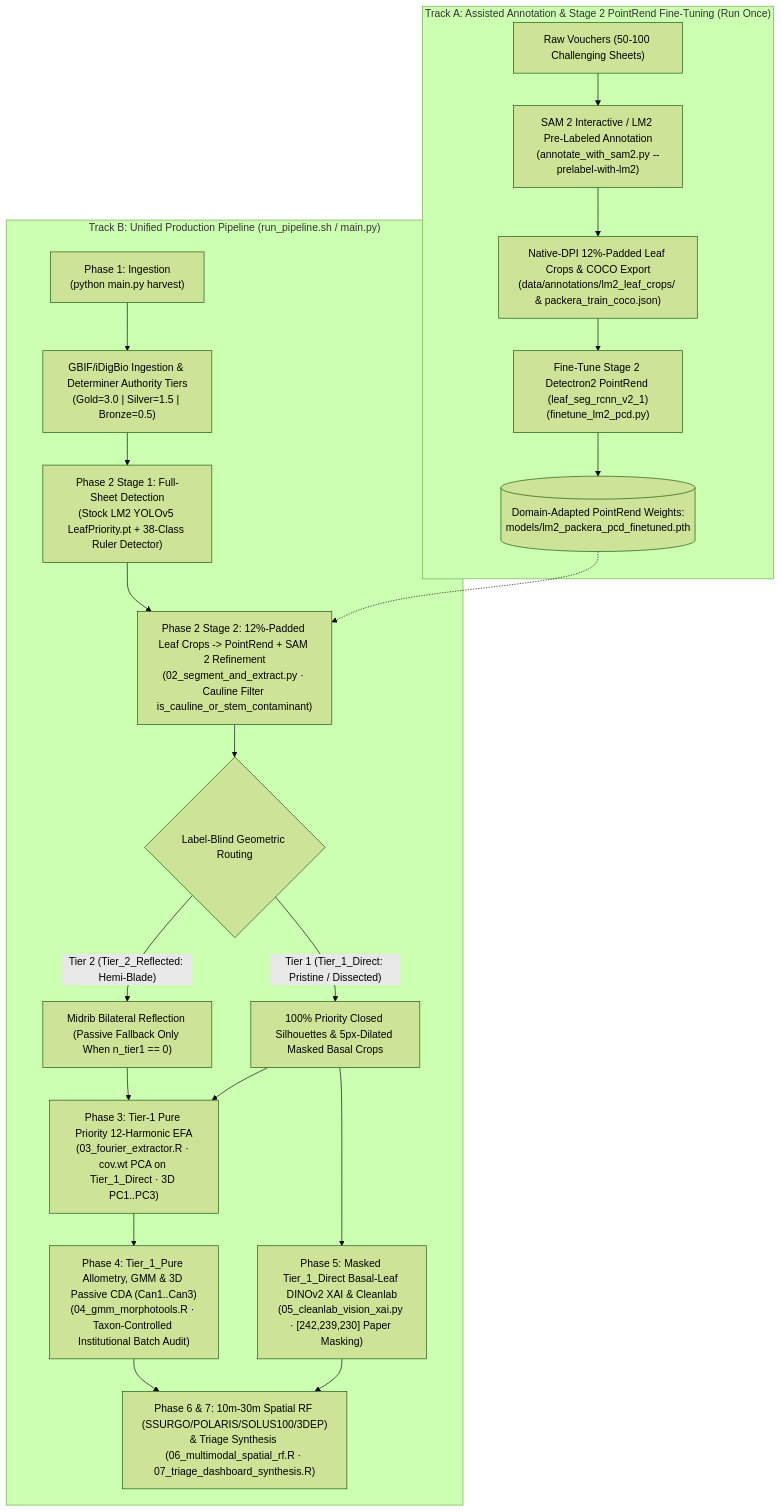
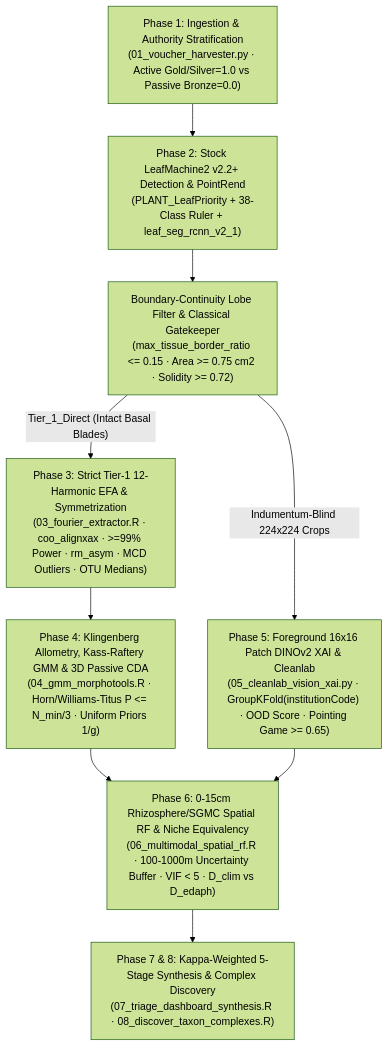
Before and after one commit to Plantatsrophe/Packera_dubia_morphometrics: the diagram in README.md, drawn with Mermaid (forest theme). The commit also changed other lines of this file and 13 other files, not shown here.

Commit message:
refactor: update pipeline execution script and archive standalone SAM 2 botanical annotation guide

````diff
--- a/README.md
+++ b/README.md
@@ -41,24 +59,10 @@
 ```mermaid
 flowchart TD
-    subgraph TrackA["Track A: Assisted Annotation & Stage 2 PointRend Fine-Tuning (Run Once)"]
-        A1["Raw Vouchers (50-100 Challenging Sheets)"] --> A2["SAM 2 Interactive / LM2 Pre-Labeled Annotation\n(annotate_with_sam2.py --prelabel-with-lm2)"]
-        A2 --> A3["Native-DPI 12%-Padded Leaf Crops & COCO Export\n(data/annotations/lm2_leaf_crops/ & packera_train_coco.json)"]
-        A3 --> A4["Fine-Tune Stage 2 Detectron2 PointRend (leaf_seg_rcnn_v2_1)\n(finetune_lm2_pcd.py)"]
-        A4 --> A5[("Domain-Adapted PointRend Weights:\nmodels/lm2_packera_pcd_finetuned.pth")]
-    end
-
-    subgraph TrackB["Track B: Unified Production Pipeline (run_pipeline.sh / main.py)"]
-        B1["Phase 1: Ingestion\n(python main.py harvest)"] --> B2["GBIF/iDigBio Ingestion & Determiner Authority Tiers\n(Gold=3.0 | Silver=1.5 | Bronze=0.5)"]
-        B2 --> B3["Phase 2 Stage 1: Full-Sheet Detection\n(Stock LM2 YOLOv5 LeafPriority.pt + 38-Class Ruler Detector)"]
-        B3 --> B3b["Phase 2 Stage 2: 12%-Padded Leaf Crops -> PointRend + SAM 2 Refinement\n(02_segment_and_extract.py · Cauline Filter is_cauline_or_stem_contaminant)"]
-        A5 -.-> B3b
-        B3b --> B4{"Label-Blind Geometric Routing"}
-        B4 -->|"Tier 1 (Tier_1_Direct: Pristine / Dissected)"| B5["100% Priority Closed Silhouettes & 5px-Dilated Masked Basal Crops"]
-        B4 -->|"Tier 2 (Tier_2_Reflected: Hemi-Blade)"| B6["Midrib Bilateral Reflection (Passive Fallback Only When n_tier1 == 0)"]
-        B6 --> B8
-        B5 --> B8["Phase 3: Tier-1 Pure Priority 12-Harmonic EFA\n(03_fourier_extractor.R · cov.wt PCA on Tier_1_Direct · 3D PC1..PC3)"]
-        B8 --> B9["Phase 4: Tier_1_Pure Allometry, GMM & 3D Passive CDA (Can1..Can3)\n(04_gmm_morphotools.R · Taxon-Controlled Institutional Batch Audit)"]
-        B5 --> B10["Phase 5: Masked Tier_1_Direct Basal-Leaf DINOv2 XAI & Cleanlab\n(05_cleanlab_vision_xai.py · [242,239,230] Paper Masking)"]
-        B9 & B10 --> B11["Phase 6 & 7: 10m-30m Spatial RF (SSURGO/POLARIS/SOLUS100/3DEP)\n& Triage Synthesis (06_multimodal_spatial_rf.R · 07_triage_dashboard_synthesis.R)"]
-    end
+    B1["Phase 1: Ingestion & Authority Stratification\n(01_voucher_harvester.py · Active Gold/Silver=1.0 vs Passive Bronze=0.0)"] --> B2["Phase 2: Stock LeafMachine2 v2.2+ Detection & PointRend\n(PLANT_LeafPriority + 38-Class Ruler + leaf_seg_rcnn_v2_1)"]
+    B2 --> B3["Boundary-Continuity Lobe Filter & Classical Gatekeeper\n(max_tissue_border_ratio <= 0.15 · Area >= 0.75 cm2 · Solidity >= 0.72)"]
+    B3 -->|"Tier_1_Direct (Intact Basal Blades)"| B4["Phase 3: Strict Tier-1 12-Harmonic EFA & Symmetrization\n(03_fourier_extractor.R · coo_alignxax · >=99% Power · rm_asym · MCD Outliers · OTU Medians)"]
+    B4 --> B5["Phase 4: Klingenberg Allometry, Kass-Raftery GMM & 3D Passive CDA\n(04_gmm_morphotools.R · Horn/Williams-Titus P <= N_min/3 · Uniform Priors 1/g)"]
+    B3 -->|"Indumentum-Blind 224x224 Crops"| B6["Phase 5: Foreground 16x16 Patch DINOv2 XAI & Cleanlab\n(05_cleanlab_vision_xai.py · GroupKFold(institutionCode) · OOD Score · Pointing Game >= 0.65)"]
+    B5 & B6 --> B7["Phase 6: 0-15cm Rhizosphere/SGMC Spatial RF & Niche Equivalency\n(06_multimodal_spatial_rf.R · 100-1000m Uncertainty Buffer · VIF < 5 · D_clim vs D_edaph)"]
+    B7 --> B8["Phase 7 & 8: Kappa-Weighted 5-Stage Synthesis & Complex Discovery\n(07_triage_dashboard_synthesis.R · 08_discover_taxon_complexes.R)"]
 ```
````
